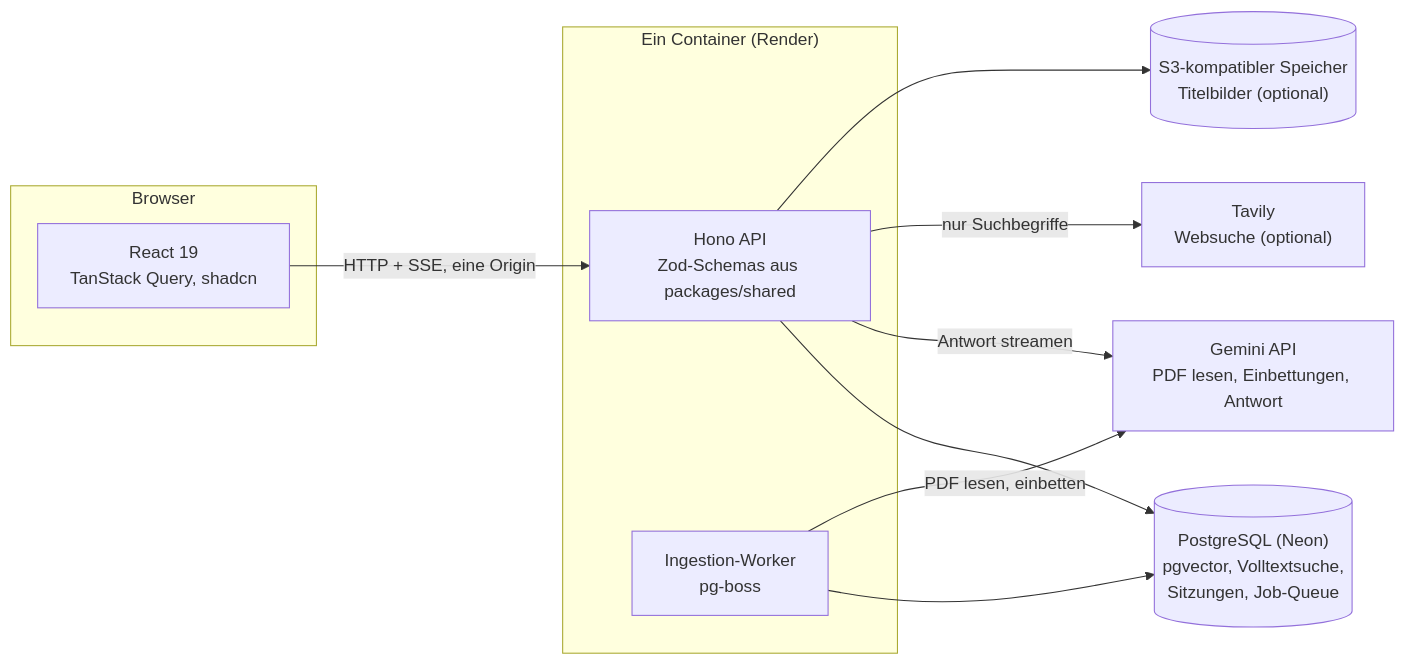
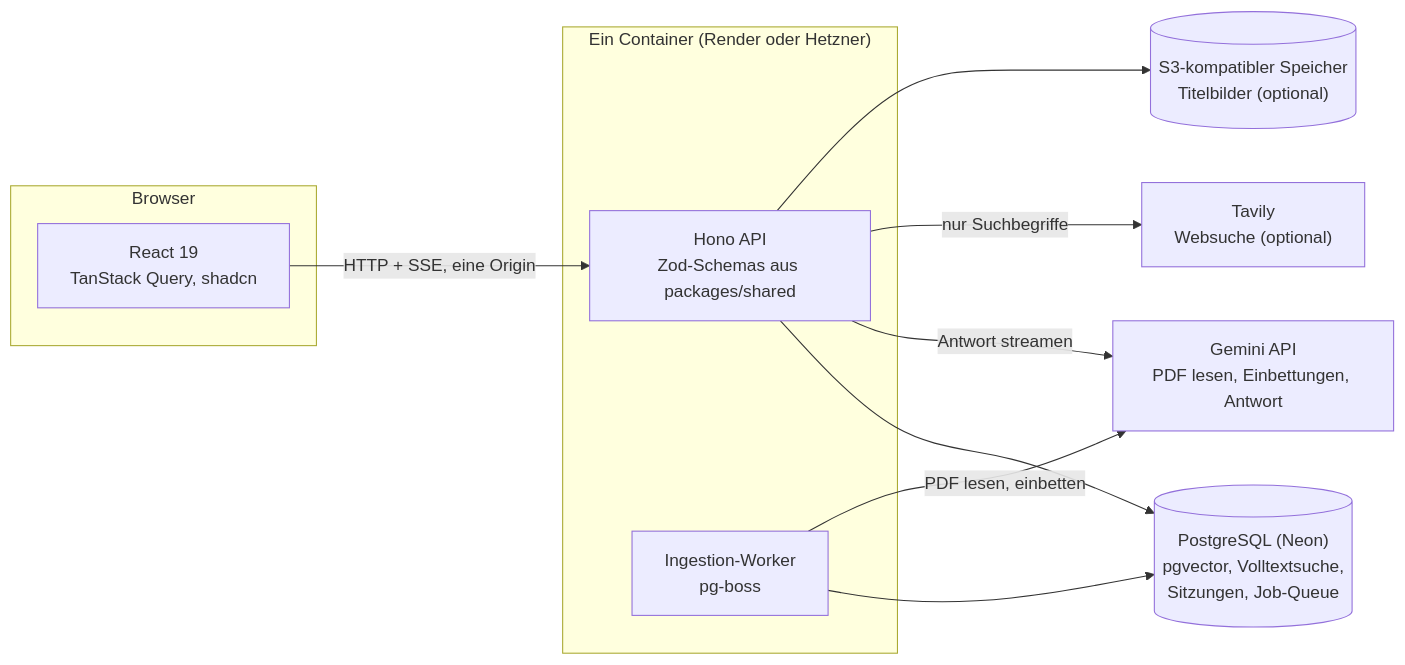
Before and after one commit to oguzbits/notebooklm-klon: the first of 3 diagrams in README.md, drawn with Mermaid. The commit also changed other lines of this file and 3 other files, not shown here.

````diff
--- a/README.md
+++ b/README.md
@@ -34,22 +34,22 @@
 ```mermaid
 flowchart LR
   subgraph Browser
     Web["React 19<br/>TanStack Query, shadcn"]
   end
-  subgraph Container["Ein Container (Render)"]
+  subgraph Container["Ein Container (Render oder Hetzner)"]
     Api["Hono API<br/>Zod-Schemas aus packages/shared"]
     Worker["Ingestion-Worker<br/>pg-boss"]
   end
   DB[("PostgreSQL (Neon)<br/>pgvector, Volltextsuche,<br/>Sitzungen, Job-Queue")]
   Gemini["Gemini API<br/>PDF lesen, Einbettungen, Antwort"]
   Tavily["Tavily<br/>Websuche (optional)"]
   S3[("S3-kompatibler Speicher<br/>Titelbilder (optional)")]
 
   Web -- "HTTP + SSE, eine Origin" --> Api
   Api --> DB
   Api -- "Antwort streamen" --> Gemini
   Api -- "nur Suchbegriffe" --> Tavily
   Api --> S3
   Worker --> DB
   Worker -- "PDF lesen, einbetten" --> Gemini
 ```
````
